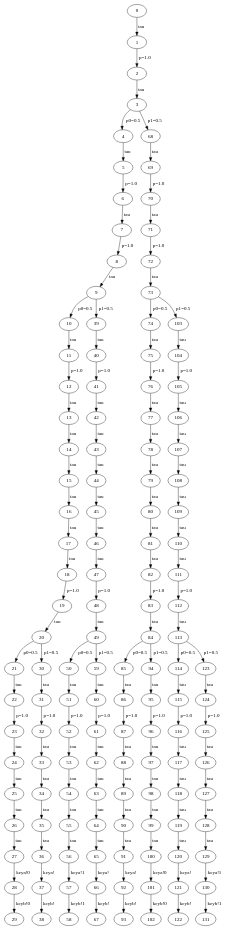
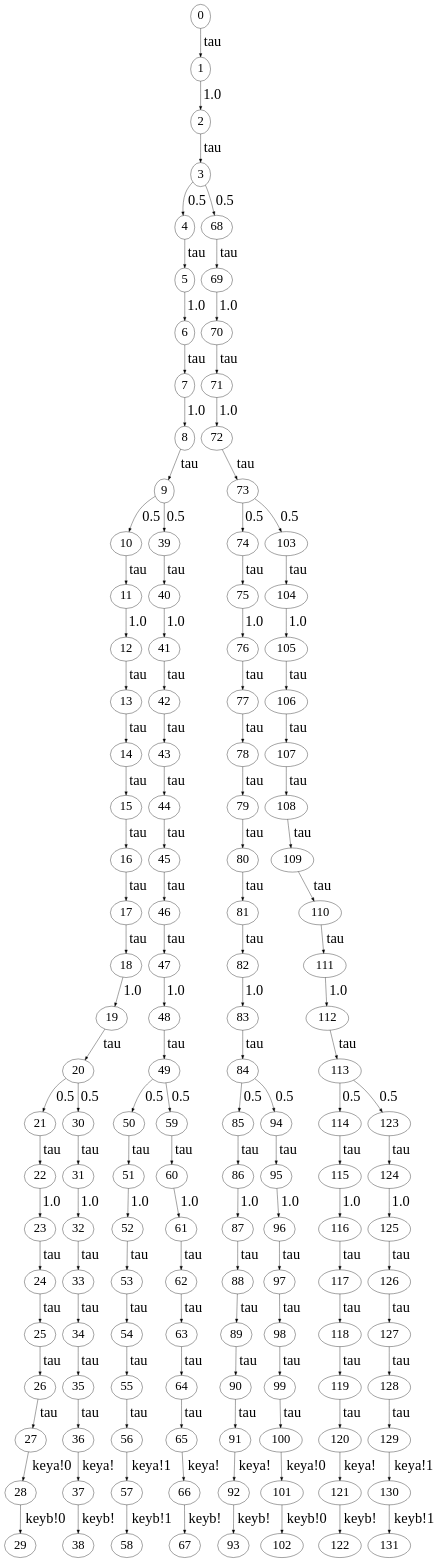
Before and after one commit to MartianQXD/QBisim: the diagram in parse_output/concreteBB84-spec.gv, drawn with Graphviz. The commit also changed 102 other files, not shown here.

```diff
--- a/parse_output/concreteBB84-spec.gv
+++ b/parse_output/concreteBB84-spec.gv
@@ -1,134 +1,136 @@
 // The qLTS Spec
 digraph {
+	node [fontsize=35]
+	edge [fontsize=40]
 	0 -> 1 [label=tau]
-	1 -> 2 [label="p=1.0"]
+	1 -> 2 [label=1.0]
 	2 -> 3 [label=tau]
-	3 -> 4 [label="p0=0.5"]
+	3 -> 4 [label=0.5]
 	4 -> 5 [label=tau]
-	5 -> 6 [label="p=1.0"]
+	5 -> 6 [label=1.0]
 	6 -> 7 [label=tau]
-	7 -> 8 [label="p=1.0"]
+	7 -> 8 [label=1.0]
 	8 -> 9 [label=tau]
-	9 -> 10 [label="p0=0.5"]
+	9 -> 10 [label=0.5]
 	10 -> 11 [label=tau]
-	11 -> 12 [label="p=1.0"]
+	11 -> 12 [label=1.0]
 	12 -> 13 [label=tau]
 	13 -> 14 [label=tau]
 	14 -> 15 [label=tau]
 	15 -> 16 [label=tau]
 	16 -> 17 [label=tau]
 	17 -> 18 [label=tau]
-	18 -> 19 [label="p=1.0"]
+	18 -> 19 [label=1.0]
 	19 -> 20 [label=tau]
-	20 -> 21 [label="p0=0.5"]
+	20 -> 21 [label=0.5]
 	21 -> 22 [label=tau]
-	22 -> 23 [label="p=1.0"]
+	22 -> 23 [label=1.0]
 	23 -> 24 [label=tau]
 	24 -> 25 [label=tau]
 	25 -> 26 [label=tau]
 	26 -> 27 [label=tau]
 	27 -> 28 [label="keya!0"]
 	28 -> 29 [label="keyb!0"]
-	20 -> 30 [label="p1=0.5"]
+	20 -> 30 [label=0.5]
 	30 -> 31 [label=tau]
-	31 -> 32 [label="p=1.0"]
+	31 -> 32 [label=1.0]
 	32 -> 33 [label=tau]
 	33 -> 34 [label=tau]
 	34 -> 35 [label=tau]
 	35 -> 36 [label=tau]
 	36 -> 37 [label="keya!"]
 	37 -> 38 [label="keyb!"]
-	9 -> 39 [label="p1=0.5"]
+	9 -> 39 [label=0.5]
 	39 -> 40 [label=tau]
-	40 -> 41 [label="p=1.0"]
+	40 -> 41 [label=1.0]
 	41 -> 42 [label=tau]
 	42 -> 43 [label=tau]
 	43 -> 44 [label=tau]
 	44 -> 45 [label=tau]
 	45 -> 46 [label=tau]
 	46 -> 47 [label=tau]
-	47 -> 48 [label="p=1.0"]
+	47 -> 48 [label=1.0]
 	48 -> 49 [label=tau]
-	49 -> 50 [label="p0=0.5"]
+	49 -> 50 [label=0.5]
 	50 -> 51 [label=tau]
-	51 -> 52 [label="p=1.0"]
+	51 -> 52 [label=1.0]
 	52 -> 53 [label=tau]
 	53 -> 54 [label=tau]
 	54 -> 55 [label=tau]
 	55 -> 56 [label=tau]
 	56 -> 57 [label="keya!1"]
 	57 -> 58 [label="keyb!1"]
-	49 -> 59 [label="p1=0.5"]
+	49 -> 59 [label=0.5]
 	59 -> 60 [label=tau]
-	60 -> 61 [label="p=1.0"]
+	60 -> 61 [label=1.0]
 	61 -> 62 [label=tau]
 	62 -> 63 [label=tau]
 	63 -> 64 [label=tau]
 	64 -> 65 [label=tau]
 	65 -> 66 [label="keya!"]
 	66 -> 67 [label="keyb!"]
-	3 -> 68 [label="p1=0.5"]
+	3 -> 68 [label=0.5]
 	68 -> 69 [label=tau]
-	69 -> 70 [label="p=1.0"]
+	69 -> 70 [label=1.0]
 	70 -> 71 [label=tau]
-	71 -> 72 [label="p=1.0"]
+	71 -> 72 [label=1.0]
 	72 -> 73 [label=tau]
-	73 -> 74 [label="p0=0.5"]
+	73 -> 74 [label=0.5]
 	74 -> 75 [label=tau]
-	75 -> 76 [label="p=1.0"]
+	75 -> 76 [label=1.0]
 	76 -> 77 [label=tau]
 	77 -> 78 [label=tau]
 	78 -> 79 [label=tau]
 	79 -> 80 [label=tau]
 	80 -> 81 [label=tau]
 	81 -> 82 [label=tau]
-	82 -> 83 [label="p=1.0"]
+	82 -> 83 [label=1.0]
 	83 -> 84 [label=tau]
-	84 -> 85 [label="p0=0.5"]
+	84 -> 85 [label=0.5]
 	85 -> 86 [label=tau]
-	86 -> 87 [label="p=1.0"]
+	86 -> 87 [label=1.0]
 	87 -> 88 [label=tau]
 	88 -> 89 [label=tau]
 	89 -> 90 [label=tau]
 	90 -> 91 [label=tau]
 	91 -> 92 [label="keya!"]
 	92 -> 93 [label="keyb!"]
-	84 -> 94 [label="p1=0.5"]
+	84 -> 94 [label=0.5]
 	94 -> 95 [label=tau]
-	95 -> 96 [label="p=1.0"]
+	95 -> 96 [label=1.0]
 	96 -> 97 [label=tau]
 	97 -> 98 [label=tau]
 	98 -> 99 [label=tau]
 	99 -> 100 [label=tau]
 	100 -> 101 [label="keya!0"]
 	101 -> 102 [label="keyb!0"]
-	73 -> 103 [label="p1=0.5"]
+	73 -> 103 [label=0.5]
 	103 -> 104 [label=tau]
-	104 -> 105 [label="p=1.0"]
+	104 -> 105 [label=1.0]
 	105 -> 106 [label=tau]
 	106 -> 107 [label=tau]
 	107 -> 108 [label=tau]
 	108 -> 109 [label=tau]
 	109 -> 110 [label=tau]
 	110 -> 111 [label=tau]
-	111 -> 112 [label="p=1.0"]
+	111 -> 112 [label=1.0]
 	112 -> 113 [label=tau]
-	113 -> 114 [label="p0=0.5"]
+	113 -> 114 [label=0.5]
 	114 -> 115 [label=tau]
-	115 -> 116 [label="p=1.0"]
+	115 -> 116 [label=1.0]
 	116 -> 117 [label=tau]
 	117 -> 118 [label=tau]
 	118 -> 119 [label=tau]
 	119 -> 120 [label=tau]
 	120 -> 121 [label="keya!"]
 	121 -> 122 [label="keyb!"]
-	113 -> 123 [label="p1=0.5"]
+	113 -> 123 [label=0.5]
 	123 -> 124 [label=tau]
-	124 -> 125 [label="p=1.0"]
+	124 -> 125 [label=1.0]
 	125 -> 126 [label=tau]
 	126 -> 127 [label=tau]
 	127 -> 128 [label=tau]
 	128 -> 129 [label=tau]
 	129 -> 130 [label="keya!1"]
 	130 -> 131 [label="keyb!1"]
 }
```
